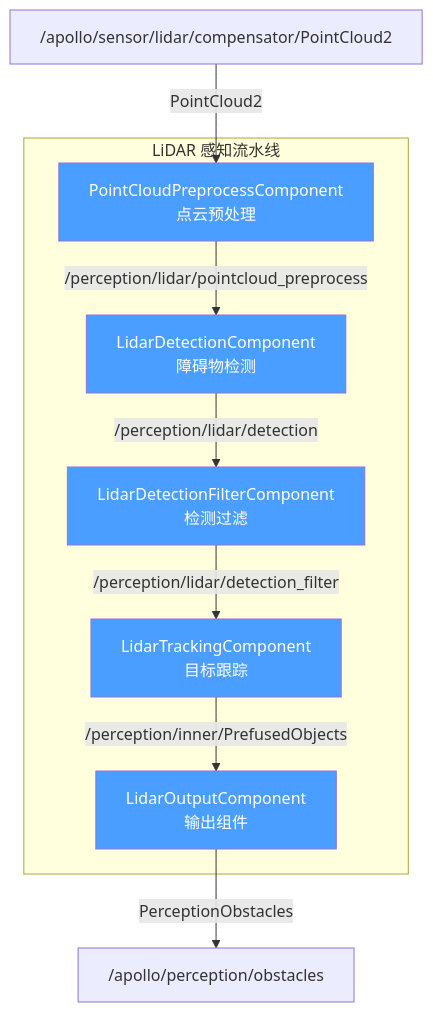
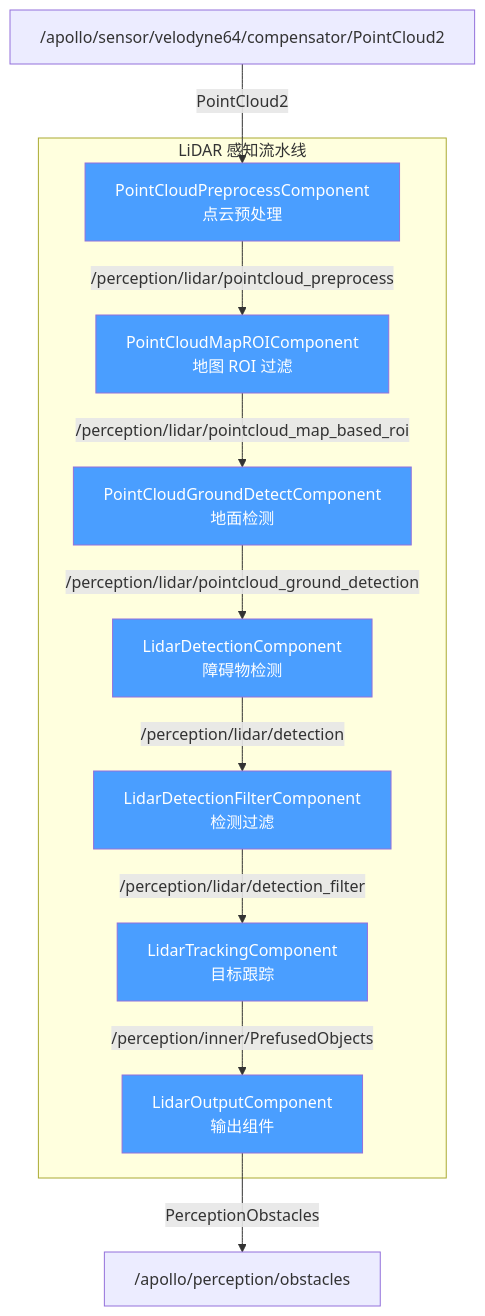
Before and after one commit to SakuraPuare/apollo-docs: the second of 8 diagrams in docs/guide/data-flow.md, drawn with Mermaid. The commit also changed other lines of this file and 1 other file, not shown here.

````diff
--- a/docs/guide/data-flow.md
+++ b/docs/guide/data-flow.md
@@ -136,26 +136,32 @@
 ```mermaid
 graph TD
     subgraph LiDAR_Pipeline["LiDAR 感知流水线"]
         A["PointCloudPreprocessComponent<br/>点云预处理"]
-        B["LidarDetectionComponent<br/>障碍物检测"]
-        C["LidarDetectionFilterComponent<br/>检测过滤"]
-        D["LidarTrackingComponent<br/>目标跟踪"]
-        E["LidarOutputComponent<br/>输出组件"]
+        B["PointCloudMapROIComponent<br/>地图 ROI 过滤"]
+        C["PointCloudGroundDetectComponent<br/>地面检测"]
+        D["LidarDetectionComponent<br/>障碍物检测"]
+        E["LidarDetectionFilterComponent<br/>检测过滤"]
+        F["LidarTrackingComponent<br/>目标跟踪"]
+        G["LidarOutputComponent<br/>输出组件"]
     end
 
-    Input["/apollo/sensor/lidar/compensator/PointCloud2"]
+    Input["/apollo/sensor/velodyne64/compensator/PointCloud2"]
     Output["/apollo/perception/obstacles"]
 
     Input -->|"PointCloud2"| A
     A -->|"/perception/lidar/pointcloud_preprocess"| B
-    B -->|"/perception/lidar/detection"| C
-    C -->|"/perception/lidar/detection_filter"| D
-    D -->|"/perception/inner/PrefusedObjects"| E
-    E -->|"PerceptionObstacles"| Output
+    B -->|"/perception/lidar/pointcloud_map_based_roi"| C
+    C -->|"/perception/lidar/pointcloud_ground_detection"| D
+    D -->|"/perception/lidar/detection"| E
+    E -->|"/perception/lidar/detection_filter"| F
+    F -->|"/perception/inner/PrefusedObjects"| G
+    G -->|"PerceptionObstacles"| Output
 
     style A fill:#4a9eff,color:#fff
     style B fill:#4a9eff,color:#fff
     style C fill:#4a9eff,color:#fff
     style D fill:#4a9eff,color:#fff
     style E fill:#4a9eff,color:#fff
+    style F fill:#4a9eff,color:#fff
+    style G fill:#4a9eff,color:#fff
 ```
````
